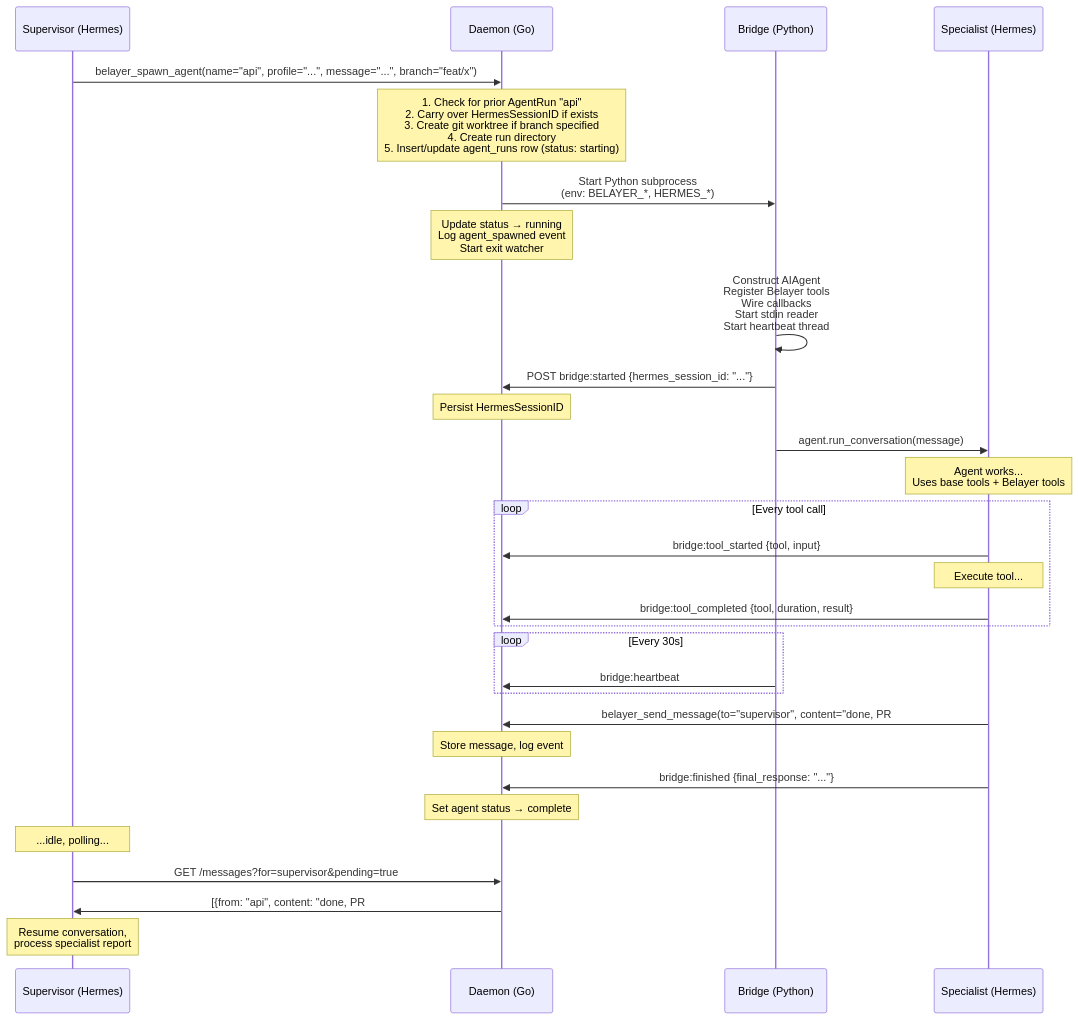
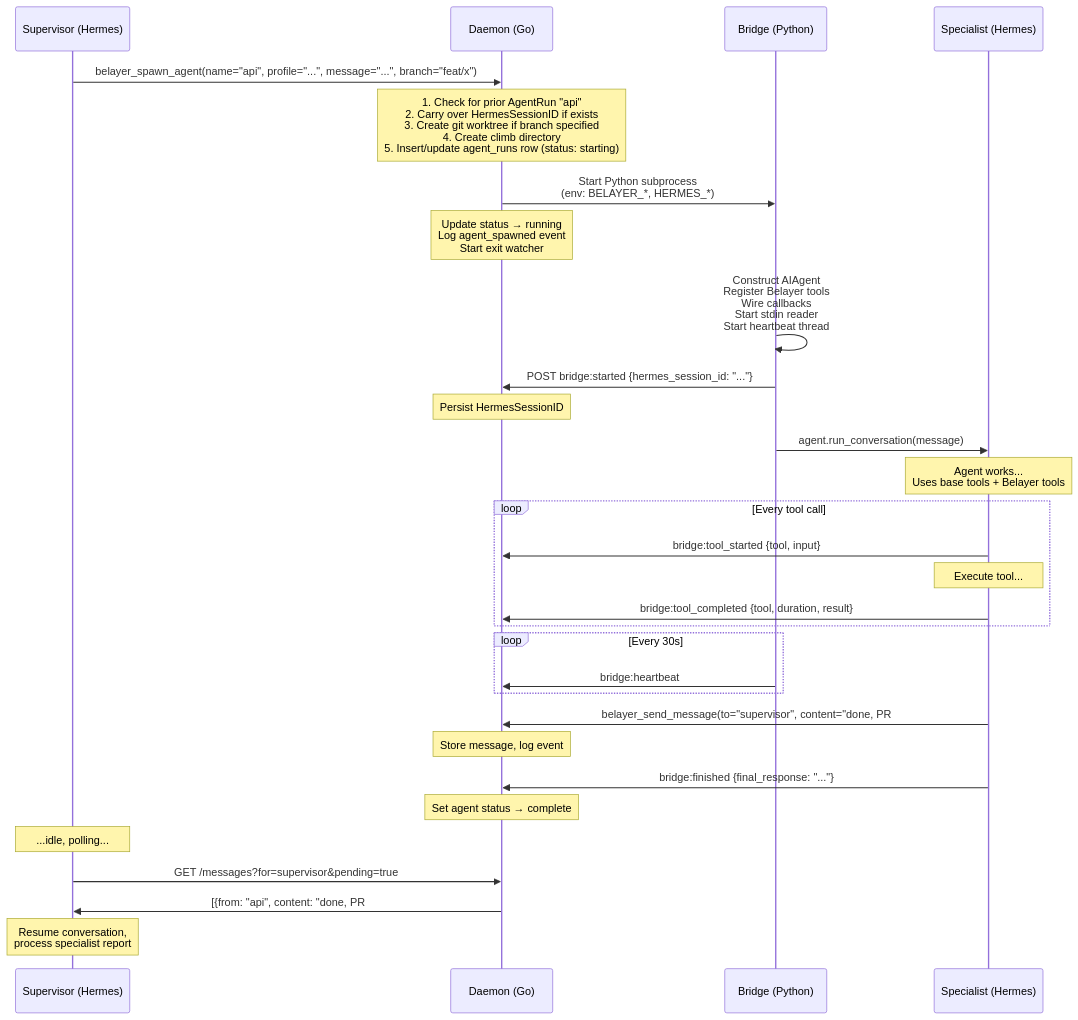
The ninth of 12 diagrams in docs/AGENT_ARCHITECTURE.md (donovan-yohan/belayer), drawn with Mermaid before and after one commit. The commit also changed other lines of this file and 54 other files, not shown here.

````diff
--- a/docs/AGENT_ARCHITECTURE.md
+++ b/docs/AGENT_ARCHITECTURE.md
@@ -492,42 +492,42 @@
 ```mermaid
 sequenceDiagram
     participant P as Supervisor (Hermes)
     participant D as Daemon (Go)
     participant B as Bridge (Python)
     participant S as Specialist (Hermes)
 
     P->>D: belayer_spawn_agent(name="api", profile="...", message="...", branch="feat/x")
-    Note over D: 1. Check for prior AgentRun "api"<br/>2. Carry over HermesSessionID if exists<br/>3. Create git worktree if branch specified<br/>4. Create run directory<br/>5. Insert/update agent_runs row (status: starting)
+    Note over D: 1. Check for prior AgentRun "api"<br/>2. Carry over HermesSessionID if exists<br/>3. Create git worktree if branch specified<br/>4. Create climb directory<br/>5. Insert/update agent_runs row (status: starting)
 
     D->>B: Start Python subprocess<br/>(env: BELAYER_*, HERMES_*)
     Note over D: Update status → running<br/>Log agent_spawned event<br/>Start exit watcher
 
     B->>B: Construct AIAgent<br/>Register Belayer tools<br/>Wire callbacks<br/>Start stdin reader<br/>Start heartbeat thread
 
     B->>D: POST bridge:started {hermes_session_id: "..."}
     Note over D: Persist HermesSessionID
 
     B->>S: agent.run_conversation(message)
     Note over S: Agent works...<br/>Uses base tools + Belayer tools
 
     loop Every tool call
         S->>D: bridge:tool_started {tool, input}
         Note over S: Execute tool...
         S->>D: bridge:tool_completed {tool, duration, result}
     end
 
     loop Every 30s
         B->>D: bridge:heartbeat
     end
 
     S->>D: belayer_send_message(to="supervisor", content="done, PR #42 ready")
     Note over D: Store message, log event
 
     S->>D: bridge:finished {final_response: "..."}
     Note over D: Set agent status → complete
 
     Note over P: ...idle, polling...
     P->>D: GET /messages?for=supervisor&pending=true
     D->>P: [{from: "api", content: "done, PR #42 ready"}]
     Note over P: Resume conversation,<br/>process specialist report
 ```
````
